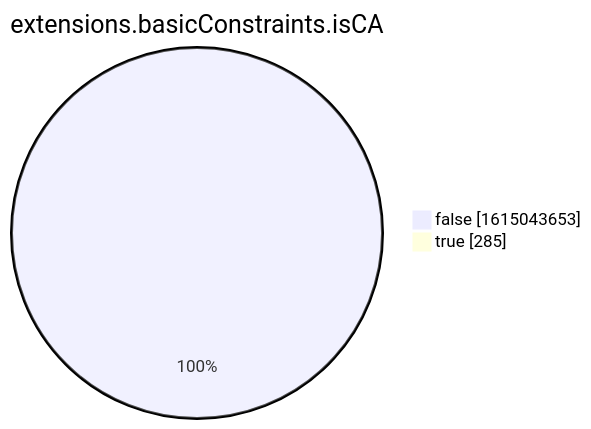
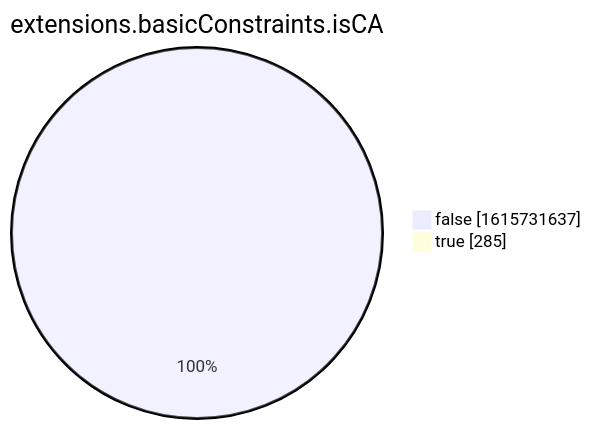
The eighth of 15 diagrams in xenon2022/README.md (christiankrug/ctmonitor_visualization), drawn with Mermaid before and after one commit. The commit also changed other lines of this file, not shown here.

````diff
--- a/xenon2022/README.md
+++ b/xenon2022/README.md
@@ -2863,6 +2863,6 @@
 ```mermaid
 pie showData
 title extensions.basicConstraints.isCA
-"false" :1615043653
+"false" :1615731637
 "true" :285
 ```
````
